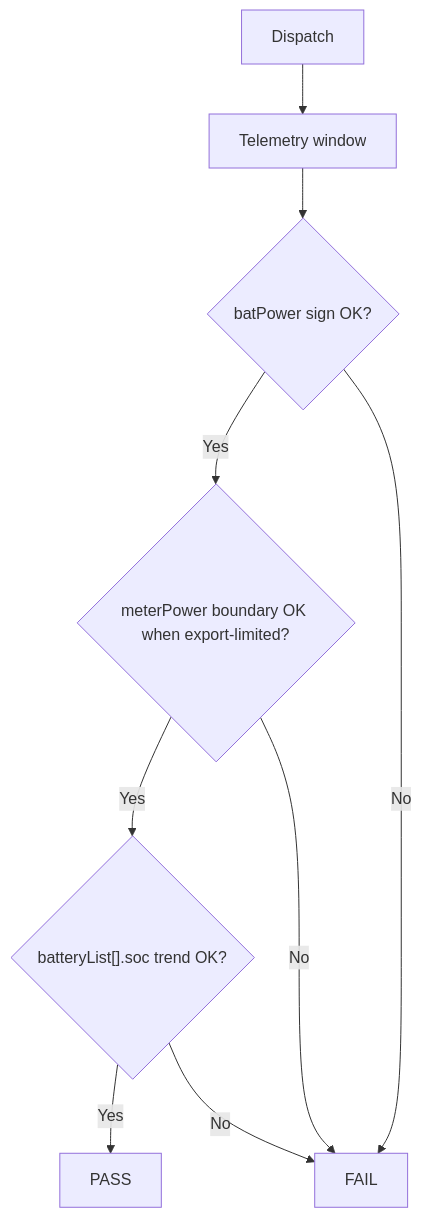
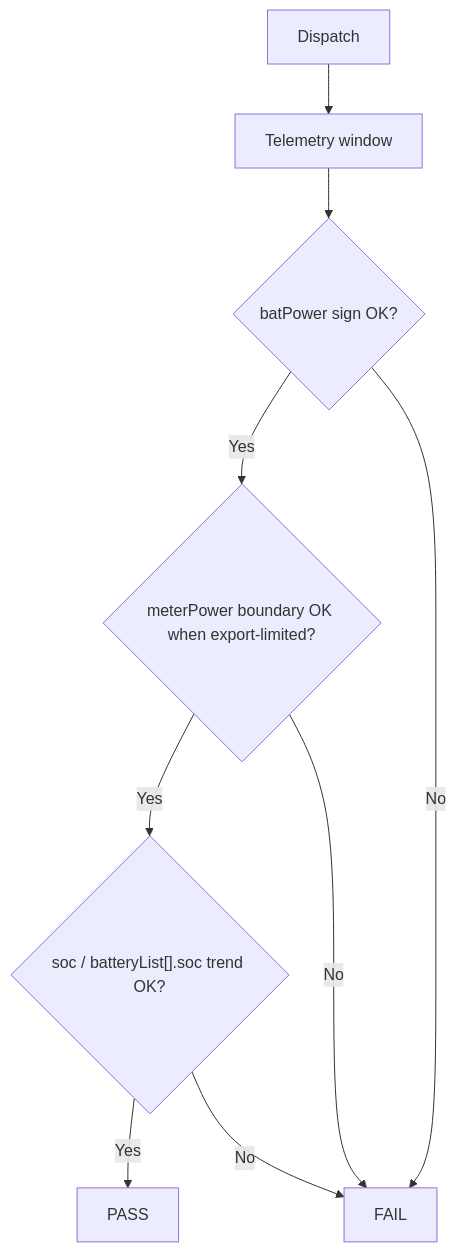
One commit to EugeneJian/growatt-unified-api changed the eighth of 8 diagrams in Growatt API/OPENAPI/13_ess_semantic_model.md. Above: the diagram before and after it, drawn with Mermaid. The commit also changed other lines of this file and 26 other files, not shown here.

````diff
--- a/Growatt API/OPENAPI/13_ess_semantic_model.md
+++ b/Growatt API/OPENAPI/13_ess_semantic_model.md
@@ -667,20 +677,20 @@
 ```mermaid
 flowchart TD
 
     Start[Dispatch]
     Telemetry[Telemetry window]
     Check1{"batPower sign OK?"}
     Check2{"meterPower boundary OK when export-limited?"}
-    Check3{"batteryList[].soc trend OK?"}
+    Check3{"soc / batteryList[].soc trend OK?"}
     Pass[PASS]
     Fail[FAIL]
 
     Start --> Telemetry
     Telemetry --> Check1
     Check1 -->|Yes| Check2
     Check1 -->|No| Fail
     Check2 -->|Yes| Check3
     Check2 -->|No| Fail
     Check3 -->|Yes| Pass
     Check3 -->|No| Fail
 ```
````
